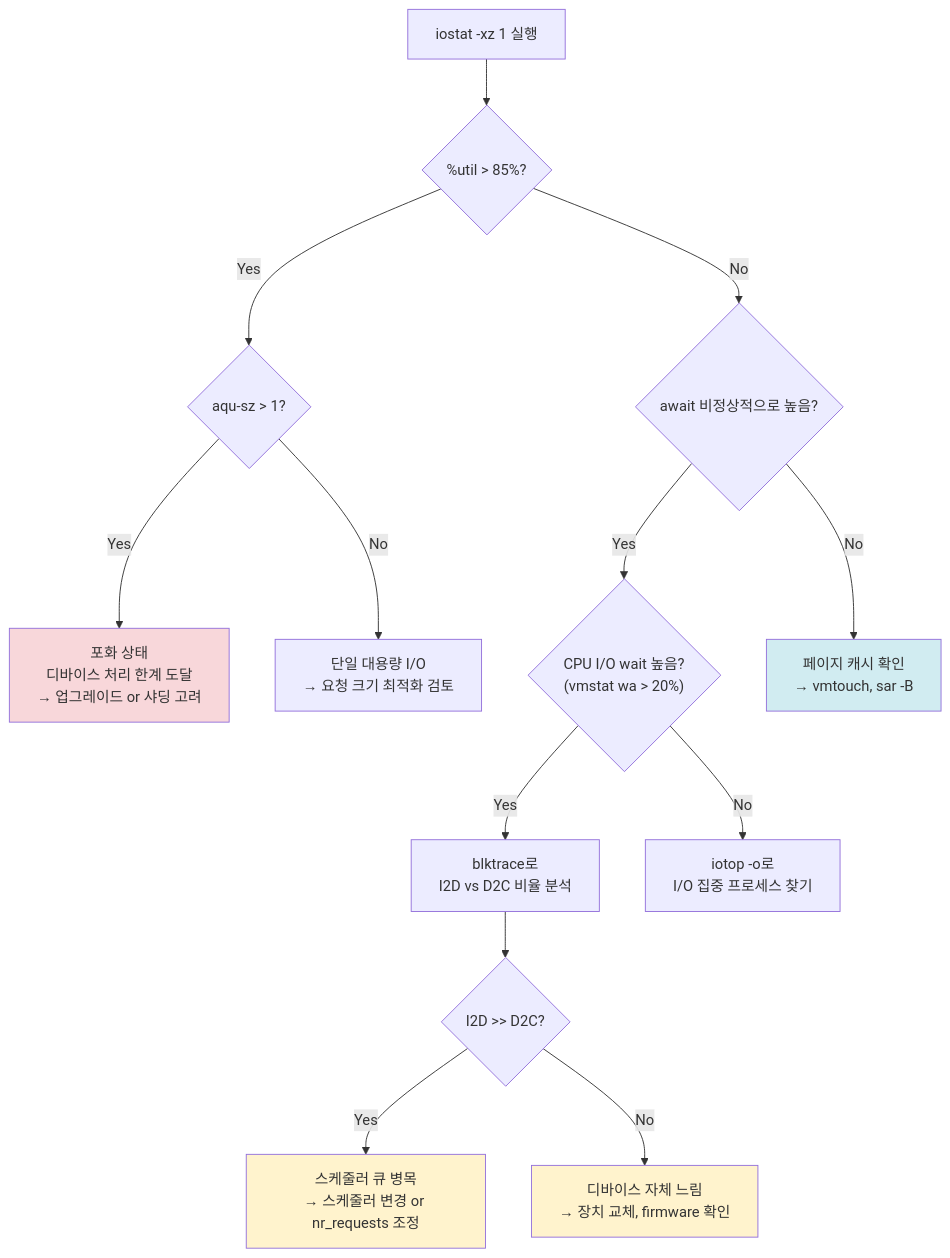
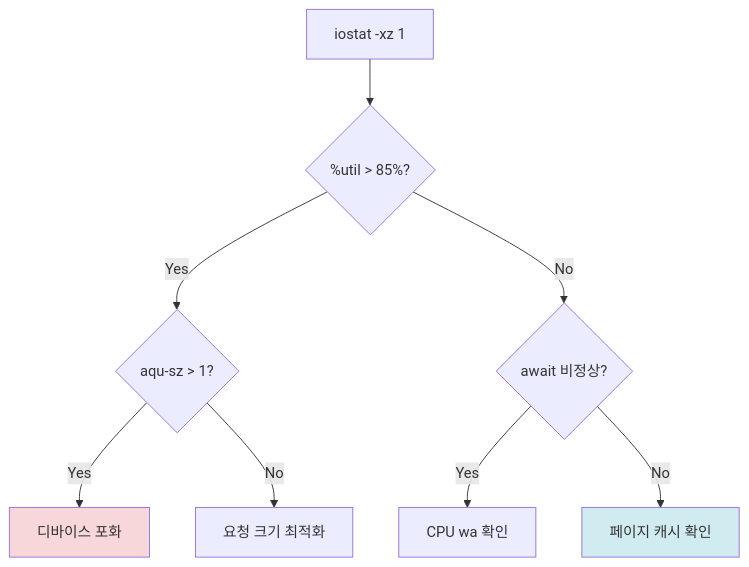
One commit to moonblueblue/devops-wiki changed the third of 4 diagrams in content/linux/performance/disk-io-performance.md. Above: the diagram before and after it, drawn with Mermaid. The commit also changed other lines of this file and 12 other files, not shown here.

First line of the commit message:
style: linux 섹션 전체 ASCII art 제거 및 Mermaid 규칙 적용

````diff
--- a/content/linux/performance/disk-io-performance.md
+++ b/content/linux/performance/disk-io-performance.md
@@ -321,24 +324,15 @@
 ```mermaid
 flowchart TD
-    START["iostat -xz 1 실행"] --> UTIL{"%util > 85%?"}
-    UTIL -->|"Yes"| AQU{"aqu-sz > 1?"}
-    UTIL -->|"No"| AWAIT{"await 비정상적으로 높음?"}
+    START["iostat -xz 1"] --> UTIL{"%util > 85%?"}
+    UTIL -->|Yes| AQU{"aqu-sz > 1?"}
+    UTIL -->|No| AWAIT{"await 비정상?"}
 
-    AQU -->|"Yes"| SAT["포화 상태<br/>디바이스 처리 한계 도달<br/>→ 업그레이드 or 샤딩 고려"]
-    AQU -->|"No"| SVCTM["단일 대용량 I/O<br/>→ 요청 크기 최적화 검토"]
+    AQU -->|Yes| SAT["디바이스 포화"]
+    AQU -->|No| SVCTM["요청 크기 최적화"]
 
-    AWAIT -->|"Yes"| IOWAIT{"CPU I/O wait 높음?<br/>(vmstat wa > 20%)"}
-    AWAIT -->|"No"| CACHE["페이지 캐시 확인<br/>→ vmtouch, sar -B"]
-
-    IOWAIT -->|"Yes"| BLKTRACE["blktrace로<br/>I2D vs D2C 비율 분석"]
-    IOWAIT -->|"No"| PROCESS["iotop -o로<br/>I/O 집중 프로세스 찾기"]
-
-    BLKTRACE --> SCHED_ISSUE{"I2D >> D2C?"}
-    SCHED_ISSUE -->|"Yes"| SCHED_FIX["스케줄러 큐 병목<br/>→ 스케줄러 변경 or nr_requests 조정"]
-    SCHED_ISSUE -->|"No"| DEV_FIX["디바이스 자체 느림<br/>→ 장치 교체, firmware 확인"]
+    AWAIT -->|Yes| IOWAIT["CPU wa 확인"]
+    AWAIT -->|No| CACHE["페이지 캐시 확인"]
 
     style SAT fill:#f8d7da
-    style SCHED_FIX fill:#fff3cd
-    style DEV_FIX fill:#fff3cd
     style CACHE fill:#d1ecf1
 ```
````
